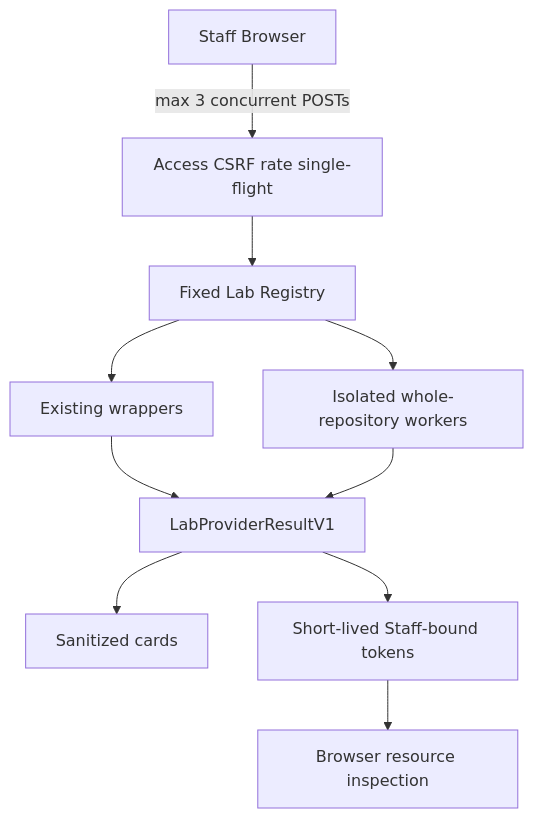
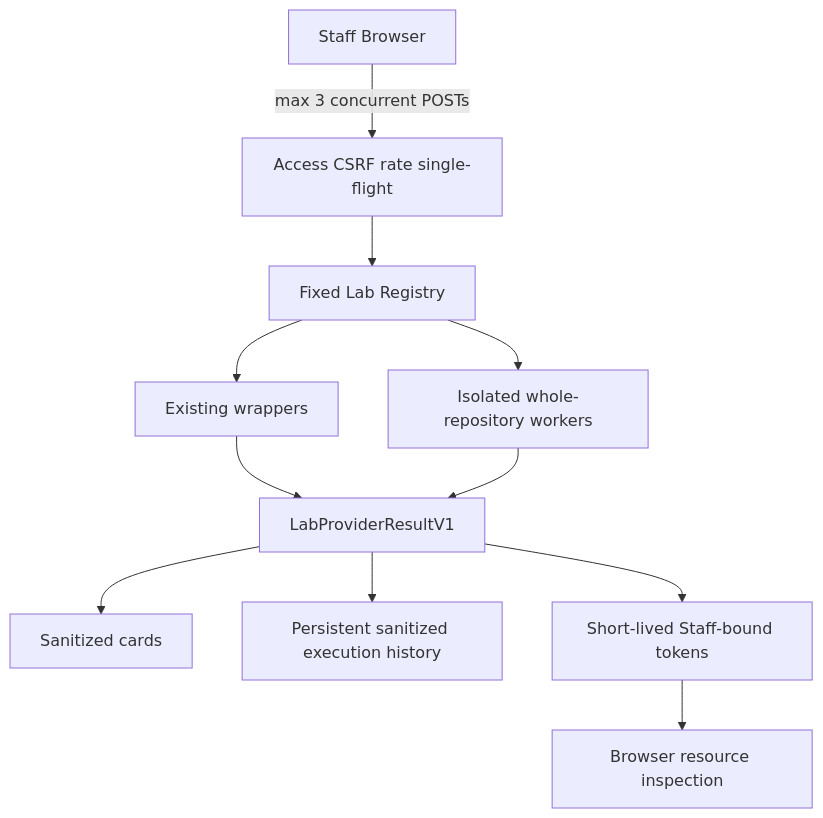
One commit to Daiobs/AnimeImages changed the fifth of 5 diagrams in docs/architecture.md. Above: the diagram before and after it, drawn with Mermaid. The commit also changed other lines of this file and 8 other files, not shown here.

````diff
--- a/docs/architecture.md
+++ b/docs/architecture.md
@@ -283,12 +298,13 @@
 ```mermaid
 flowchart TD
     B[Staff Browser] -->|max 3 concurrent POSTs| V[Access CSRF rate single-flight]
     V --> R[Fixed Lab Registry]
     R --> I[Existing wrappers]
     R --> W[Isolated whole-repository workers]
     I --> N[LabProviderResultV1]
     W --> N
     N --> S[Sanitized cards]
+    N --> H[Persistent sanitized execution history]
     N --> T[Short-lived Staff-bound tokens]
     T --> X[Browser resource inspection]
 ```
````
